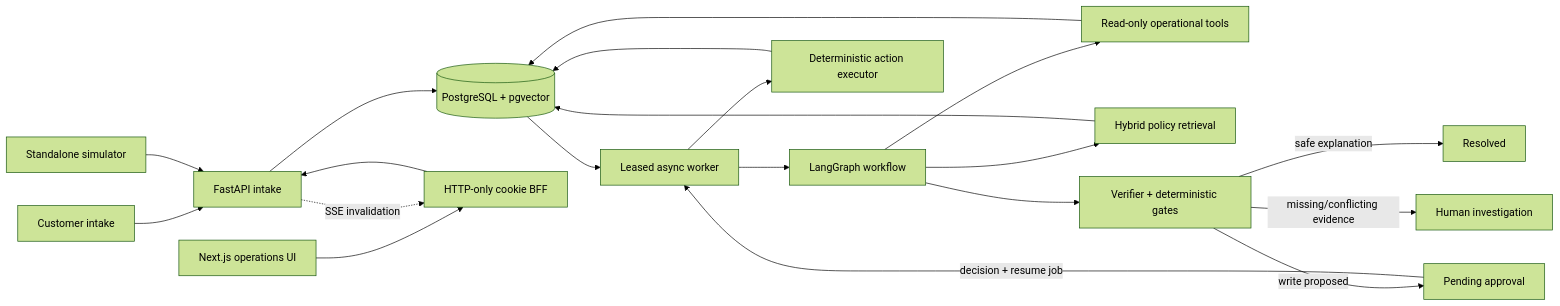
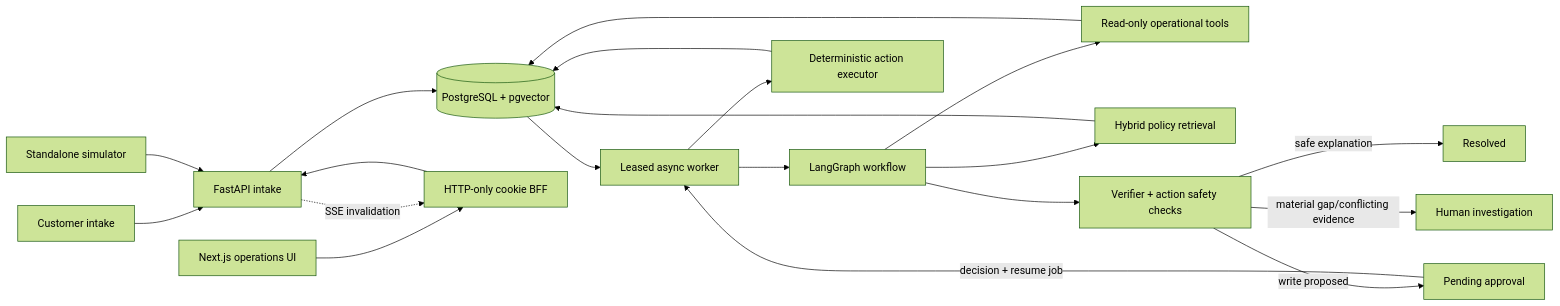
Before and after one commit to vedanthirekar/ticket-resolution-mas: the first of 2 diagrams in docs/ARCHITECTURE.md, drawn with Mermaid (forest theme). The commit also changed other lines of this file and 10 other files, not shown here.

````diff
--- a/docs/ARCHITECTURE.md
+++ b/docs/ARCHITECTURE.md
@@ -5,22 +5,22 @@
 ```mermaid
 flowchart LR
     Customer[Customer intake] --> API[FastAPI intake]
     Simulator[Standalone simulator] --> API
     API --> DB[(PostgreSQL + pgvector)]
     DB --> Worker[Leased async worker]
     Worker --> Graph[LangGraph workflow]
     Graph --> Ops[Read-only operational tools]
     Ops --> DB
     Graph --> Retrieval[Hybrid policy retrieval]
     Retrieval --> DB
-    Graph --> Verify[Verifier + deterministic gates]
+    Graph --> Verify[Verifier + action safety checks]
     Verify -->|safe explanation| Resolved[Resolved]
-    Verify -->|missing/conflicting evidence| Investigate[Human investigation]
+    Verify -->|material gap/conflicting evidence| Investigate[Human investigation]
     Verify -->|write proposed| Approval[Pending approval]
     Approval -->|decision + resume job| Worker
     Worker --> Action[Deterministic action executor]
     Action --> DB
     Dashboard[Next.js operations UI] --> BFF[HTTP-only cookie BFF]
     BFF --> API
     API -. SSE invalidation .-> BFF
 ```
````
